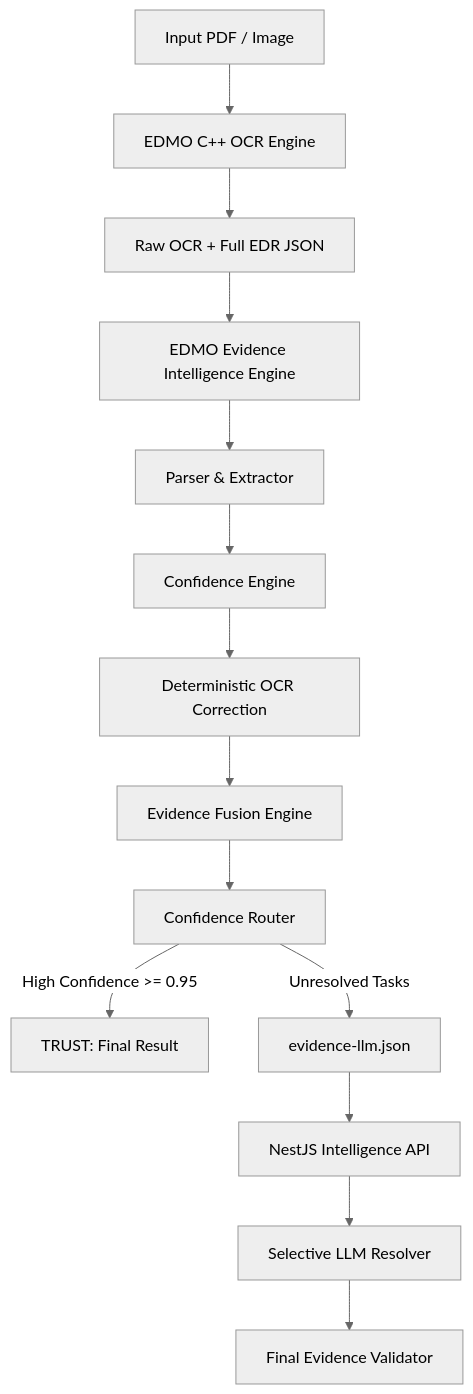
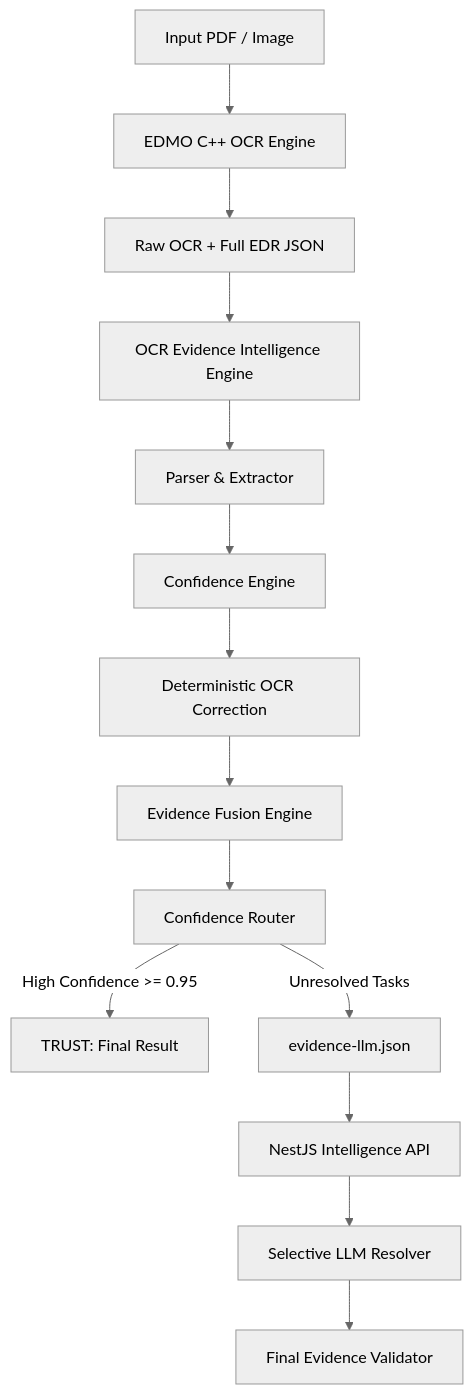
The diagram in docs/architecture.md (khizaruddins/ocr-evidence-engine), drawn with Mermaid (neutral theme) before and after one commit. The commit also changed other lines of this file and 116 other files, not shown here.

````diff
--- a/docs/architecture.md
+++ b/docs/architecture.md
@@ -7,16 +7,16 @@
 ```mermaid
 graph TD
     A[Input PDF / Image] --> B[EDMO C++ OCR Engine]
     B --> C[Raw OCR + Full EDR JSON]
-    C --> D[EDMO Evidence Intelligence Engine]
+    C --> D[OCR Evidence Intelligence Engine]
     D --> E[Parser & Extractor]
     E --> F[Confidence Engine]
     F --> G[Deterministic OCR Correction]
     G --> H[Evidence Fusion Engine]
     H --> I[Confidence Router]
     I -->|High Confidence >= 0.95| J[TRUST: Final Result]
     I -->|Unresolved Tasks| K[evidence-llm.json]
     K --> L[NestJS Intelligence API]
     L --> M[Selective LLM Resolver]
     M --> N[Final Evidence Validator]
 ```
````
